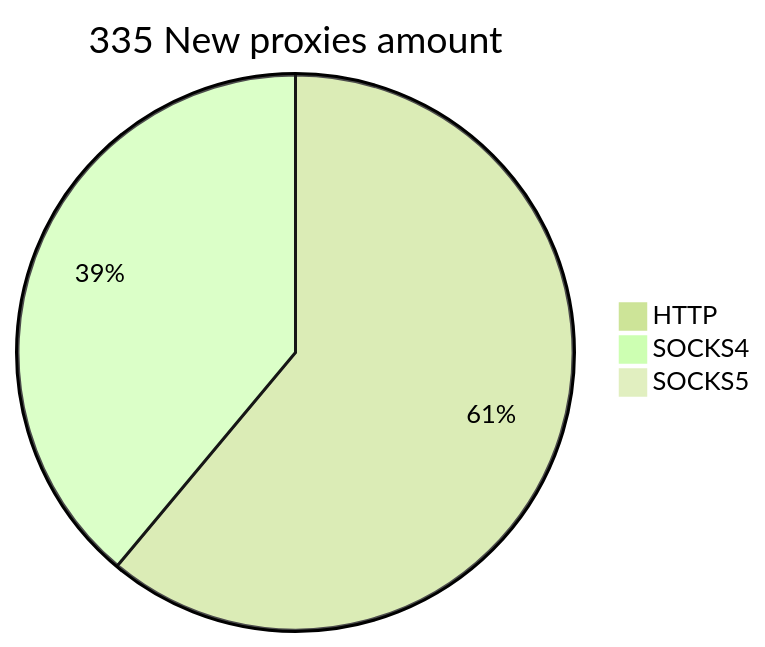
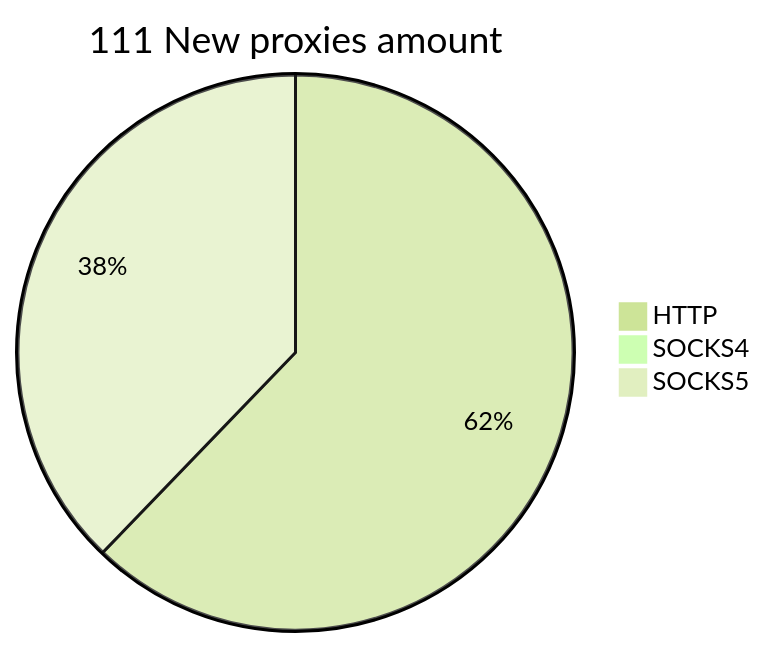
The second of 2 diagrams in README.md (cutipu/proxylist), drawn with Mermaid (forest theme) before and after one commit. The commit also changed other lines of this file, not shown here.

````diff
--- a/README.md
+++ b/README.md
@@ -10,6 +10,6 @@
 ```mermaid
-pie title 335 New proxies amount
-    "HTTP" : 204
-    "SOCKS4" : 130
-    "SOCKS5" : 1
+pie title 111 New proxies amount
+    "HTTP" : 79
+    "SOCKS4" : 0
+    "SOCKS5" : 48
 ```
````
